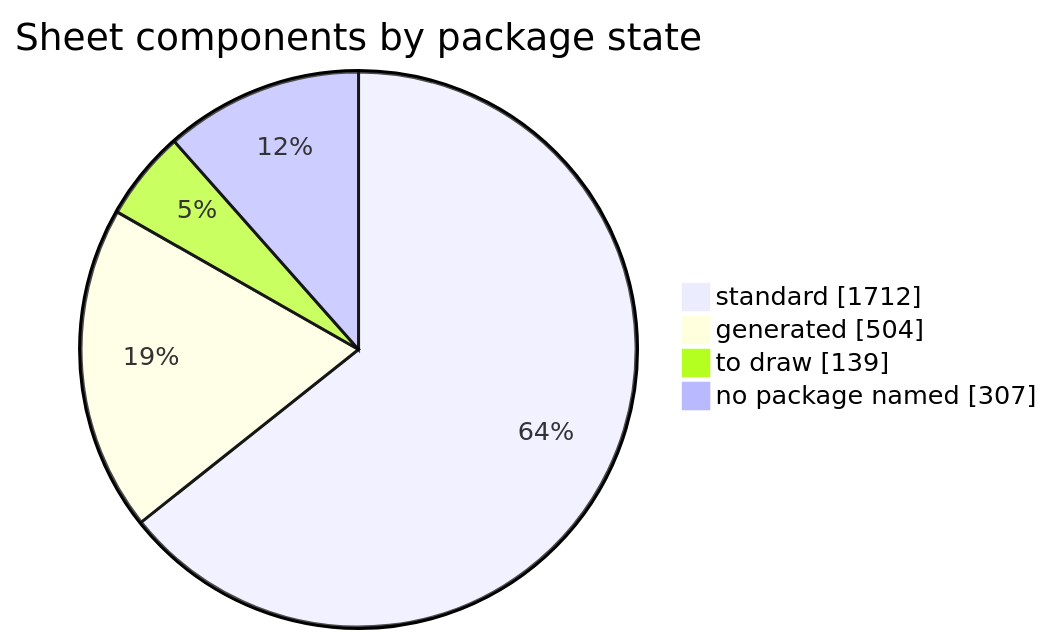
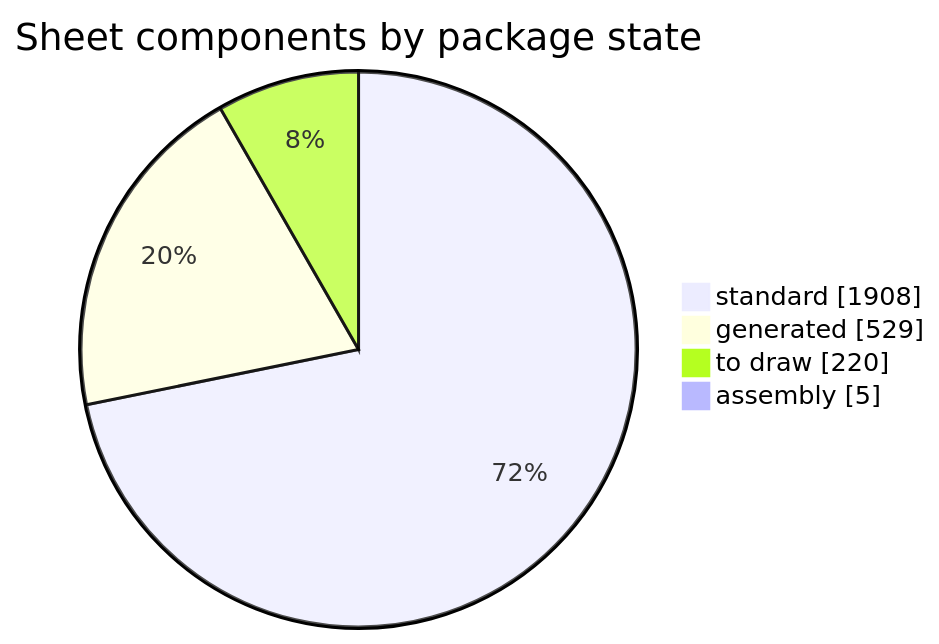
Before and after one commit to vectivolt/DC-Modules: the first of 2 diagrams in docs/footprints-to-draw.md, drawn with Mermaid. The commit also changed other lines of this file and 57 other files, not shown here.

````diff
--- a/docs/footprints-to-draw.md
+++ b/docs/footprints-to-draw.md
@@ -36,8 +37,8 @@
 ```mermaid
 pie showData
   title Sheet components by package state
-  "standard" : 1712
-  "generated" : 504
-  "to draw" : 139
-  "no package named" : 307
+  "standard" : 1908
+  "generated" : 529
+  "to draw" : 220
+  "assembly" : 5
 ```
````
